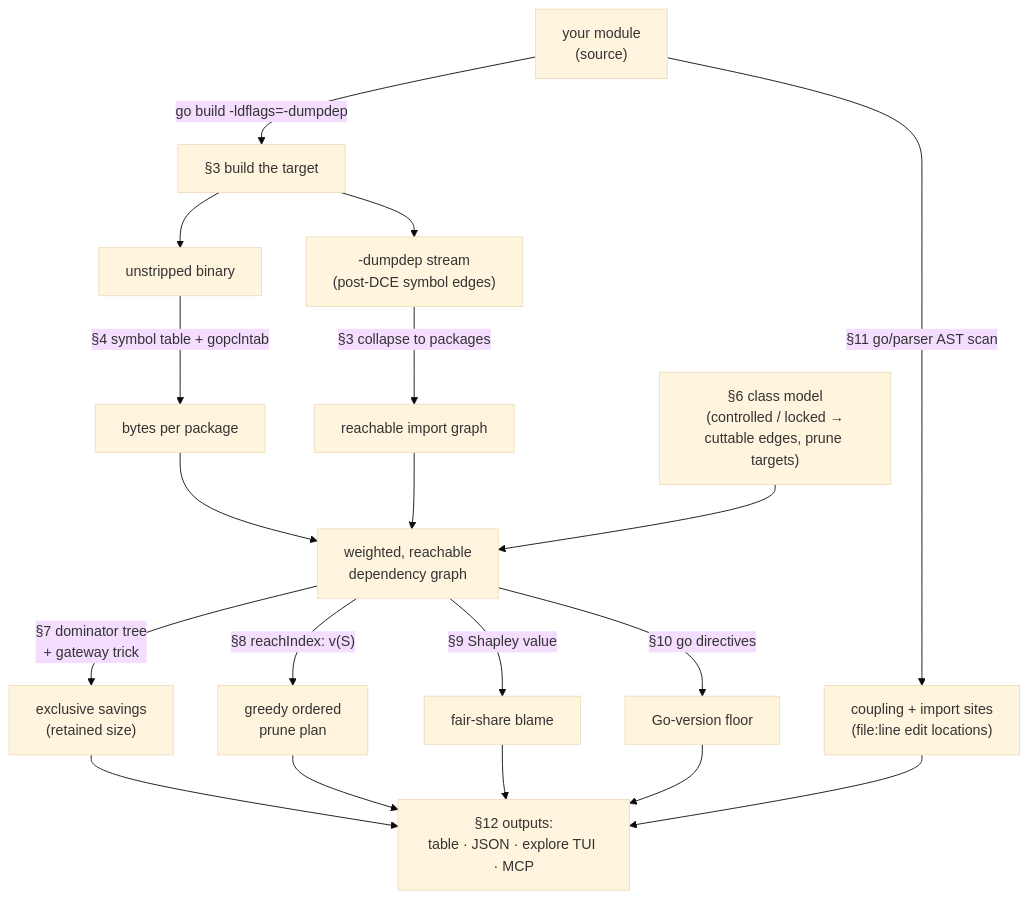
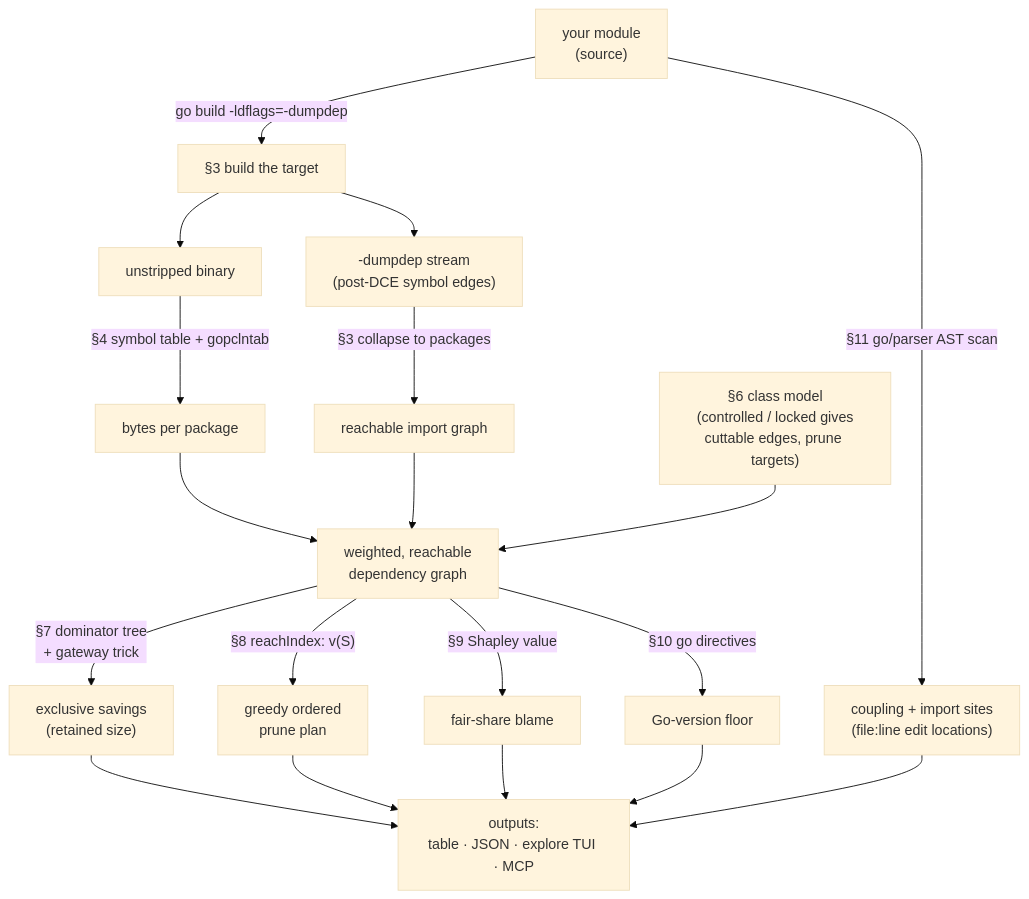
One commit to wagoodman/bonsai changed the first of 2 diagrams in METHODOLOGY.md. Above: the diagram before and after it, drawn with Mermaid (base theme). The commit also changed other lines of this file and 1 other file, not shown here.

````diff
--- a/METHODOLOGY.md
+++ b/METHODOLOGY.md
@@ -17,26 +17,26 @@
 ```mermaid
 flowchart TD
     SRC["your module<br/>(source)"]
     SRC -->|"go build -ldflags=-dumpdep"| BUILD["§3 build the target"]
     BUILD --> BIN["unstripped binary"]
     BUILD --> DUMP["-dumpdep stream<br/>(post-DCE symbol edges)"]
 
     BIN -->|"§4 symbol table + gopclntab"| SIZES["bytes per package"]
     DUMP -->|"§3 collapse to packages"| GRAPH["reachable import graph"]
     SRC -->|"§11 go/parser AST scan"| COUPLE["coupling + import sites<br/>(file:line edit locations)"]
 
     SIZES --> WEIGHTED["weighted, reachable<br/>dependency graph"]
     GRAPH --> WEIGHTED
-    CLASS["§6 class model<br/>(controlled / locked →<br/>cuttable edges, prune targets)"] --> WEIGHTED
+    CLASS["§6 class model<br/>(controlled / locked gives<br/>cuttable edges, prune targets)"] --> WEIGHTED
 
     WEIGHTED -->|"§7 dominator tree<br/>+ gateway trick"| EXCL["exclusive savings<br/>(retained size)"]
     WEIGHTED -->|"§8 reachIndex: v(S)"| PLAN["greedy ordered<br/>prune plan"]
     WEIGHTED -->|"§9 Shapley value"| BLAME["fair-share blame"]
     WEIGHTED -->|"§10 go directives"| FLOOR["Go-version floor"]
 
-    EXCL --> OUT["§12 outputs:<br/>table · JSON · explore TUI · MCP"]
+    EXCL --> OUT["outputs:<br/>table · JSON · explore TUI · MCP"]
     PLAN --> OUT
     BLAME --> OUT
     FLOOR --> OUT
     COUPLE --> OUT
 ```
````
